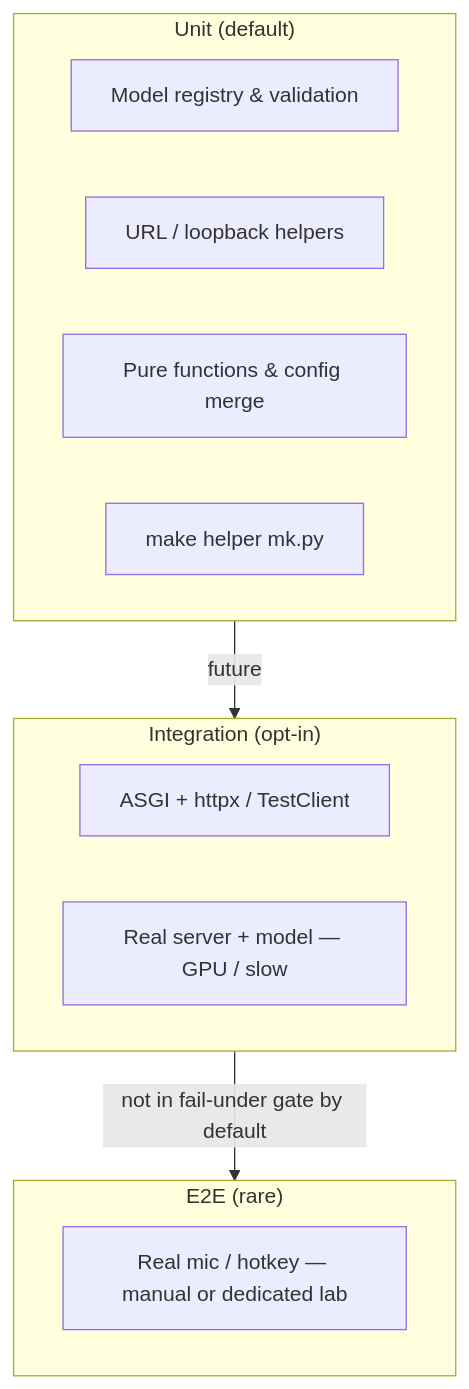
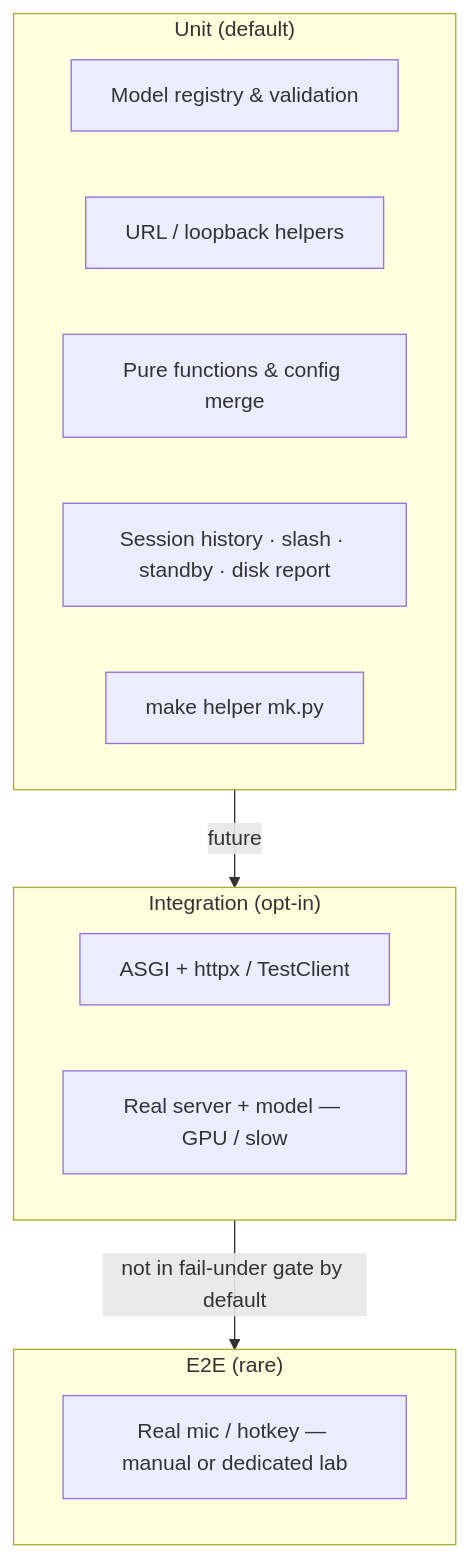
The first of 2 diagrams in docs/testing.md (chris-piekarski/voxium-ptt), drawn with Mermaid before and after one commit. The commit also changed 54 other files, not shown here.

````diff
--- a/docs/testing.md
+++ b/docs/testing.md
@@ -23,18 +23,19 @@
 ```mermaid
 flowchart TB
   subgraph unit["Unit (default)"]
     U1[Model registry & validation]
     U2[URL / loopback helpers]
     U3[Pure functions & config merge]
-    U4[make helper mk.py]
+    U4[Session history · slash · standby · disk report]
+    U5[make helper mk.py]
   end
   subgraph integ["Integration (opt-in)"]
     I1[ASGI + httpx / TestClient]
     I2[Real server + model — GPU / slow]
   end
   subgraph e2e["E2E (rare)"]
     E1[Real mic / hotkey — manual or dedicated lab]
   end
   unit -->|future| integ
   integ -->|not in fail-under gate by default| e2e
 ```
````
